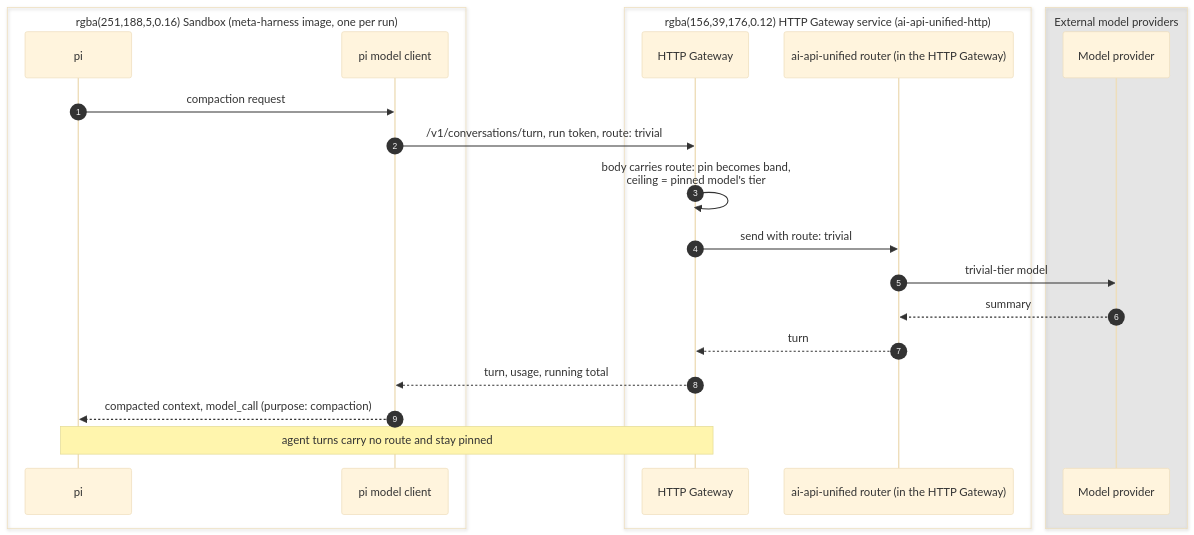
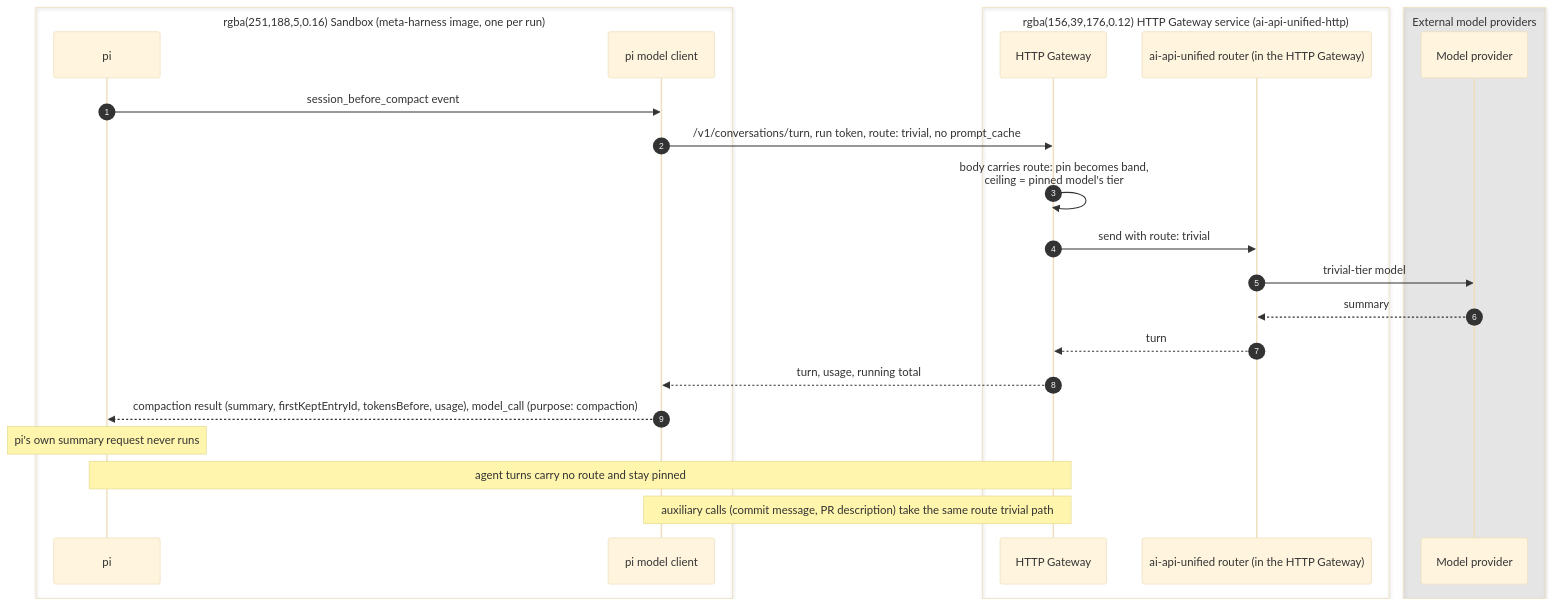
Before and after one commit to davecthomas/meta-harness: the seventh of 12 diagrams in docs/technical-design.md, drawn with Mermaid (base theme). The commit also changed other lines of this file, not shown here.

````diff
--- a/docs/technical-design.md
+++ b/docs/technical-design.md
@@ -921,26 +989,28 @@
 ```mermaid
 sequenceDiagram
     autonumber
     box rgba(251,188,5,0.16) Sandbox (meta-harness image, one per run)
     participant SB as pi
     participant X as pi model client
     end
     box rgba(156,39,176,0.12) HTTP Gateway service (ai-api-unified-http)
     participant GW as HTTP Gateway
     participant R as ai-api-unified router (in the HTTP Gateway)
     end
     box rgba(128,128,128,0.14) External model providers
     participant P as Model provider
     end
 
-    SB->>X: compaction request
-    X->>GW: /v1/conversations/turn, run token, route: trivial
+    SB->>X: session_before_compact event
+    X->>GW: /v1/conversations/turn, run token, route: trivial, no prompt_cache
     GW->>GW: body carries route: pin becomes band,<br/>ceiling = pinned model's tier
     GW->>R: send with route: trivial
     R->>P: trivial-tier model
     P-->>R: summary
     R-->>GW: turn
     GW-->>X: turn, usage, running total
-    X-->>SB: compacted context, model_call (purpose: compaction)
+    X-->>SB: compaction result (summary, firstKeptEntryId, tokensBefore, usage), model_call (purpose: compaction)
+    Note over SB: pi's own summary request never runs
     Note over SB,GW: agent turns carry no route and stay pinned
+    Note over X,GW: auxiliary calls (commit message, PR description) take the same route trivial path
 ```
````
